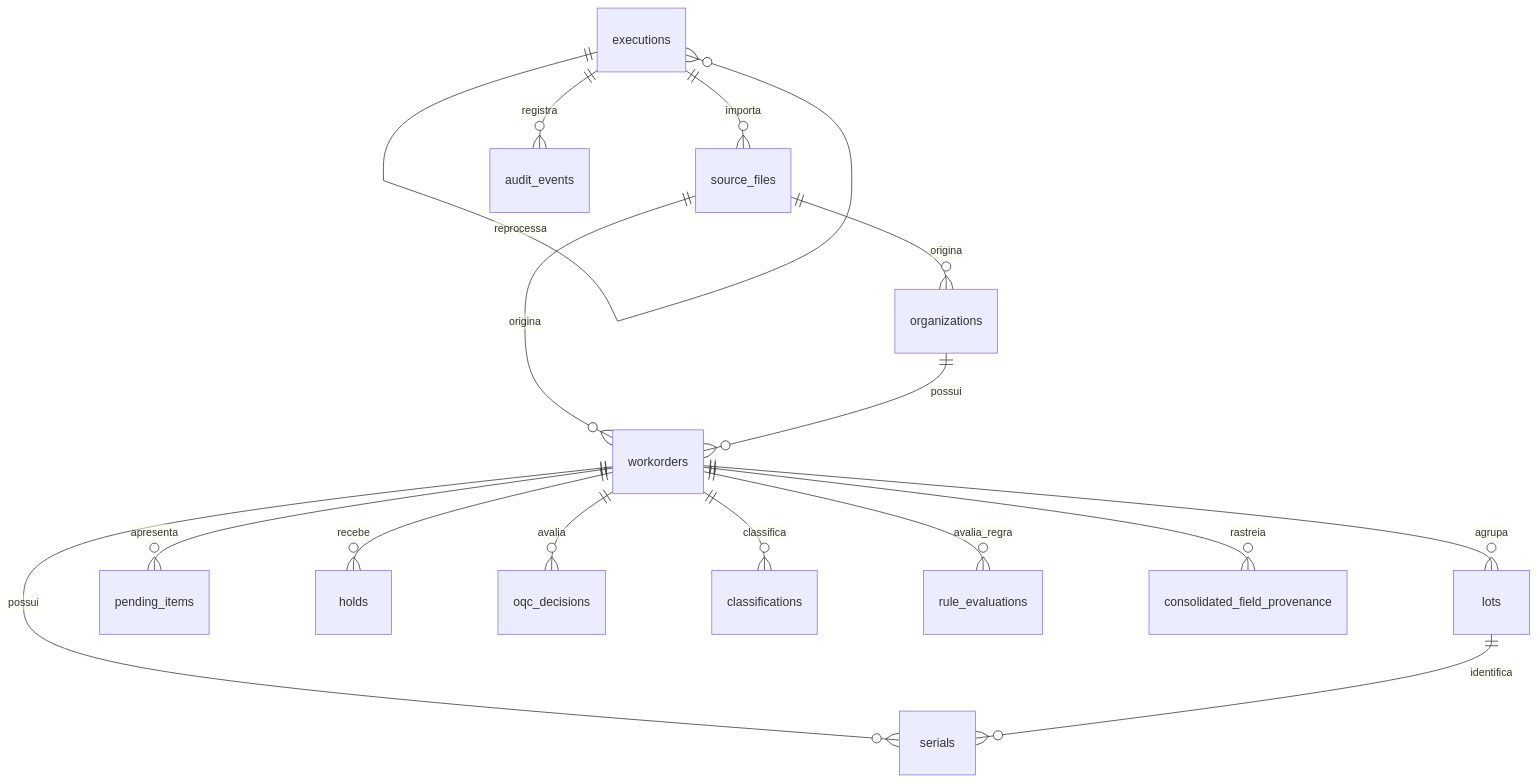
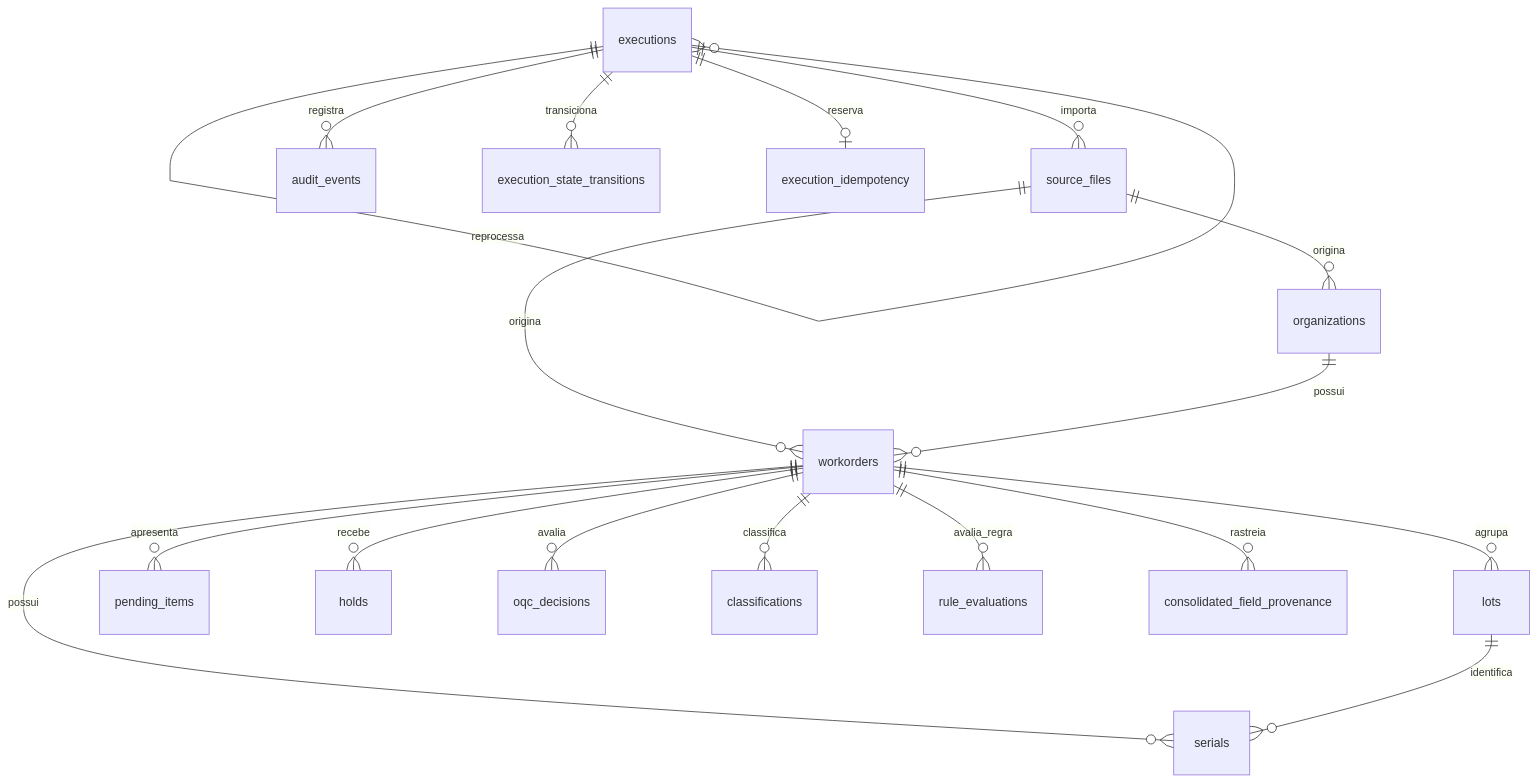
One commit to g-f307/synergia changed the diagram in database/README.md. Above: the diagram before and after it, drawn with Mermaid. The commit also changed other lines of this file and 19 other files, not shown here.

````diff
--- a/database/README.md
+++ b/database/README.md
@@ -50,18 +54,20 @@
 ```mermaid
 erDiagram
     executions ||--o{ executions : reprocessa
     executions ||--o{ source_files : importa
     source_files ||--o{ organizations : origina
     source_files ||--o{ workorders : origina
     organizations ||--o{ workorders : possui
     workorders ||--o{ lots : agrupa
     workorders ||--o{ serials : possui
     lots ||--o{ serials : identifica
     workorders ||--o{ pending_items : apresenta
     workorders ||--o{ holds : recebe
     workorders ||--o{ oqc_decisions : avalia
     workorders ||--o{ classifications : classifica
     workorders ||--o{ rule_evaluations : avalia_regra
     workorders ||--o{ consolidated_field_provenance : rastreia
     executions ||--o{ audit_events : registra
+    executions ||--o{ execution_state_transitions : transiciona
+    executions ||--o| execution_idempotency : reserva
 ```
````
